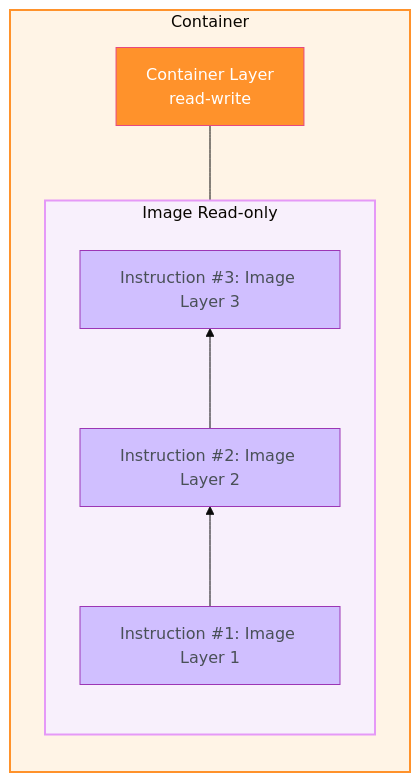
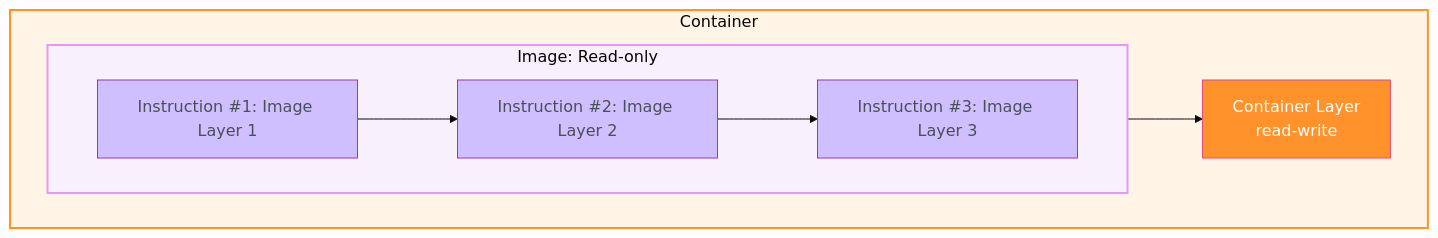
One commit to piyalidas10/System_Design changed the diagram in docker/Docker Persistence & Volumes.md. Above: the diagram before and after it, drawn with Mermaid (base theme).

Commit message:
Update Docker Persistence & Volumes.md

````diff
--- a/docker/Docker Persistence & Volumes.md
+++ b/docker/Docker Persistence & Volumes.md
@@ -253,33 +253,30 @@
 ```mermaid
-graph TD
+graph LR
     %% Styling definitions
     classDef containerBg fill:#FFF4E6,stroke:#FF922B,stroke-width:2px;
     classDef imageBg fill:#F8F0FC,stroke:#D0BFFF,stroke-width:2px;
     classDef rwLayer fill:#FF922B,stroke:#E64980,stroke-width:1px,color:#fff;
     classDef roLayer fill:#D0BFFF,stroke:#9C36B5,stroke-width:1px,color:#495057;
 
     %% Diagram Structure
     subgraph Container_Context [Container]
-        direction TB
+        direction LR
         
-        %% Top Read-Write Layer
-        RW[Container Layer <br> read-write]:::rwLayer
-        
-        %% Inner Image Layers
-        subgraph Image_Context [Image Read-only]
-            direction BT
+        %% Inner Image Layers (Stacked Left-to-Right)
+        subgraph Image_Context [Image: Read-only]
+            direction LR
             L1[Instruction #1: Image Layer 1]:::roLayer
             L2[Instruction #2: Image Layer 2]:::roLayer
             L3[Instruction #3: Image Layer 3]:::roLayer
             
             L1 --> L2 --> L3
         end
         
-        RW --- Image_Context
+        %% Top Read-Write Layer
+        Image_Context --> RW[Container Layer <br> read-write]:::rwLayer
     end
 
     %% Apply context styling
     style Container_Context fill:#FFF4E6,stroke:#FF922B,stroke-width:2px;
     style Image_Context fill:#F8F0FC,stroke:#E599F7,stroke-width:2px;
-
 ```
````
